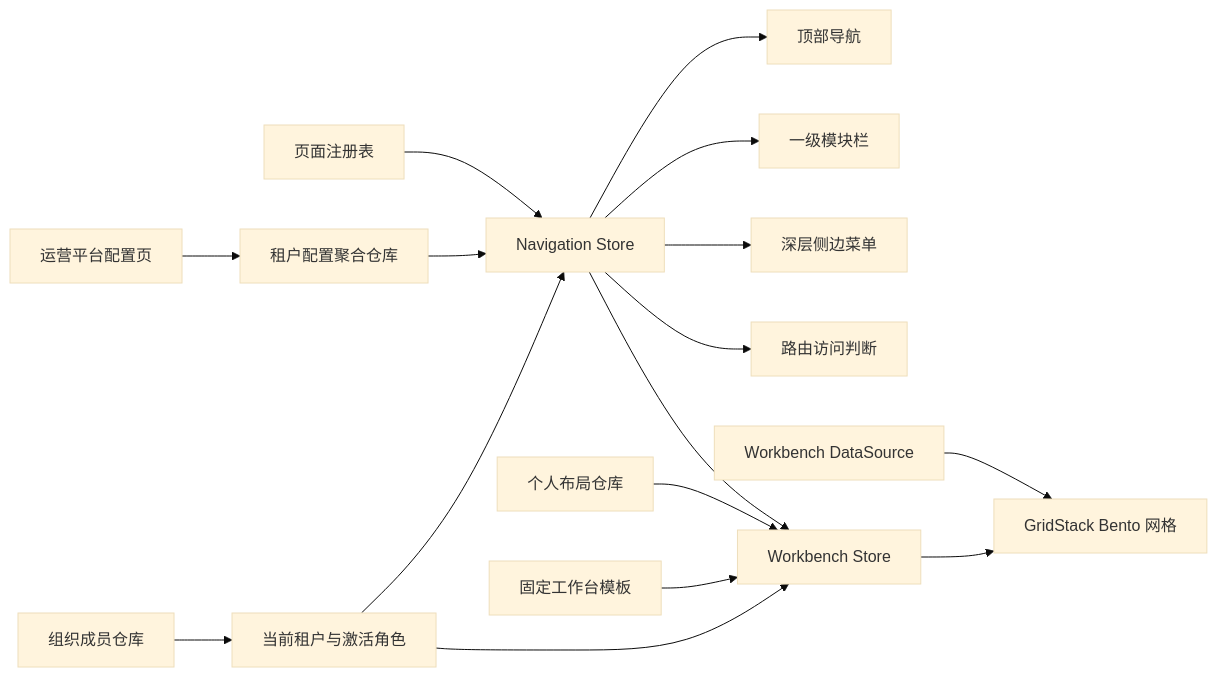
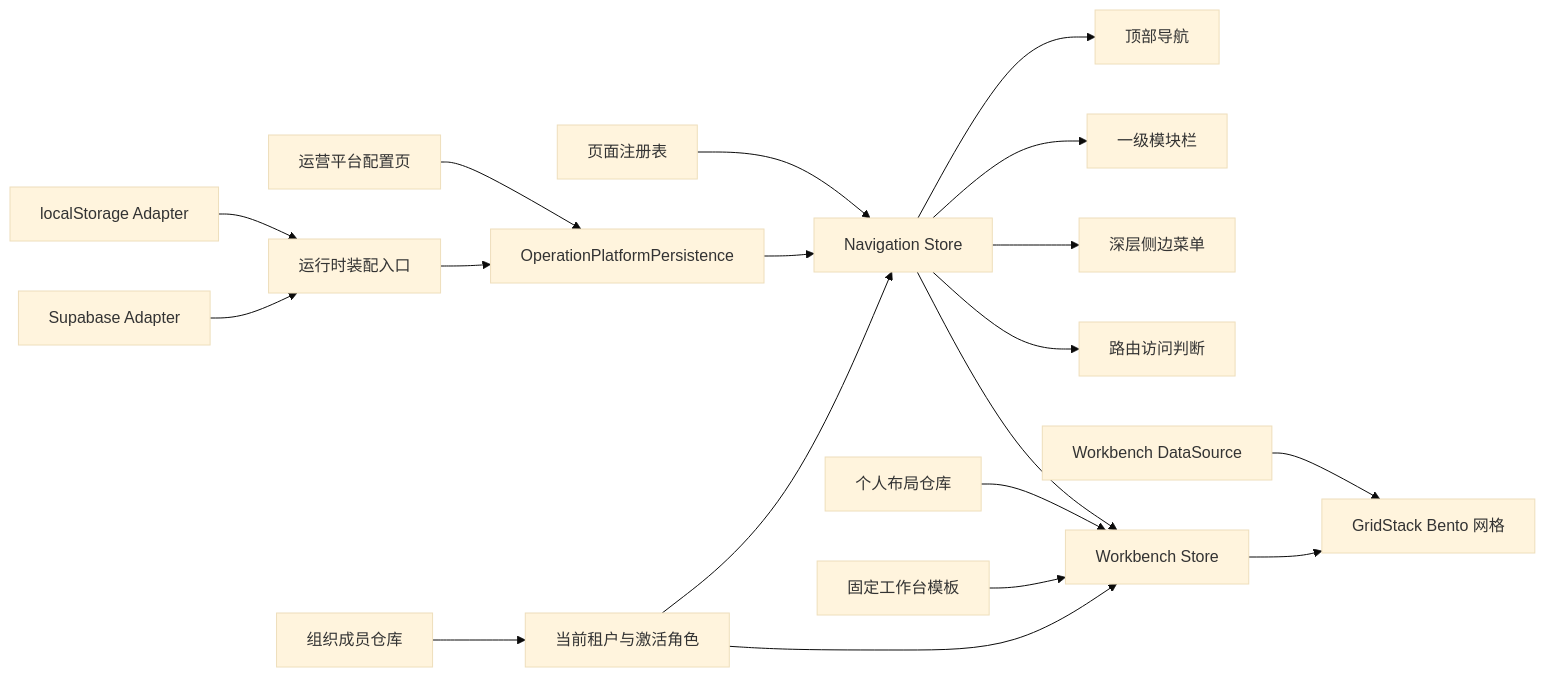
Before and after one commit to xiao-user/Operation-Platform: the diagram in README.md, drawn with Mermaid (base theme). The commit also changed other lines of this file and 109 other files, not shown here.

````diff
--- a/README.md
+++ b/README.md
@@ -165,18 +172,21 @@
 ```mermaid
 flowchart LR
     A[当前租户与激活角色] --> B[Navigation Store]
-    C[租户配置聚合仓库] --> B
+    C[OperationPlatformPersistence] --> B
+    Q[运行时装配入口] --> C
+    R[Supabase Adapter] --> Q
+    S[localStorage Adapter] --> Q
     D[组织成员仓库] --> A
     F[页面注册表] --> B
     B --> G[顶部导航]
     B --> H[一级模块栏]
     B --> I[深层侧边菜单]
     B --> J[路由访问判断]
     K[运营平台配置页] --> C
     A --> L[Workbench Store]
     M[固定工作台模板] --> L
     N[个人布局仓库] --> L
     B --> L
     L --> O[GridStack Bento 网格]
     P[Workbench DataSource] --> O
 ```
````
